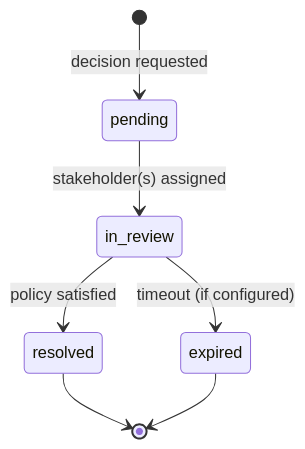
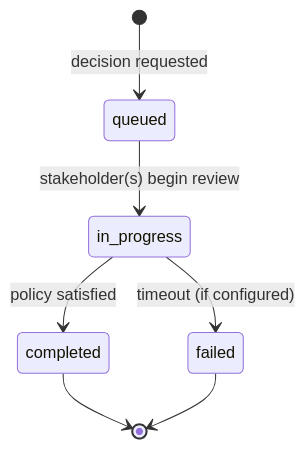
One commit to synchestra-io/synchestra changed the second of 2 diagrams in spec/features/stakeholder/decision/README.md. Above: the diagram before and after it, drawn with Mermaid. The commit also changed other lines of this file and 7 other files, not shown here.

First line of the commit message:
fix(spec): address spec review findings for stakeholder feature

````diff
--- a/spec/features/stakeholder/decision/README.md
+++ b/spec/features/stakeholder/decision/README.md
@@ -57,9 +66,9 @@
 ```mermaid
 stateDiagram-v2
-    [*] --> pending: decision requested
-    pending --> in_review: stakeholder(s) assigned
-    in_review --> resolved: policy satisfied
-    in_review --> expired: timeout (if configured)
-    resolved --> [*]
-    expired --> [*]
+    [*] --> queued: decision requested
+    queued --> in_progress: stakeholder(s) begin review
+    in_progress --> completed: policy satisfied
+    in_progress --> failed: timeout (if configured)
+    completed --> [*]
+    failed --> [*]
 ```
````
